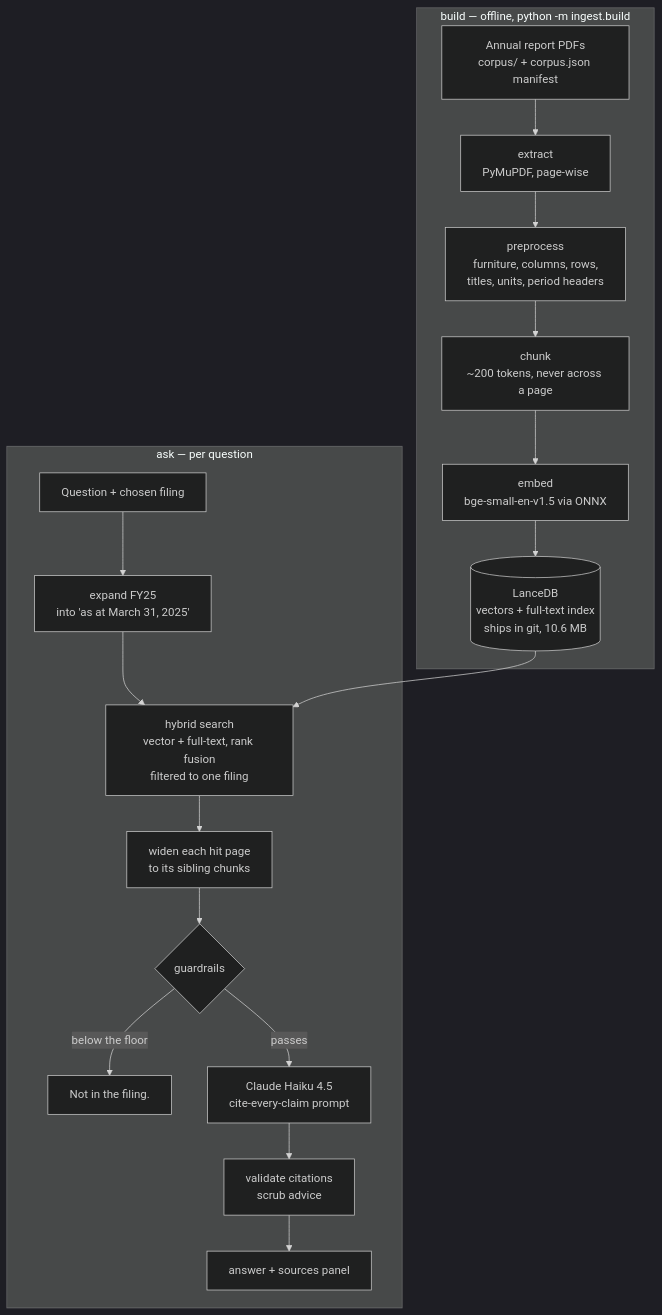
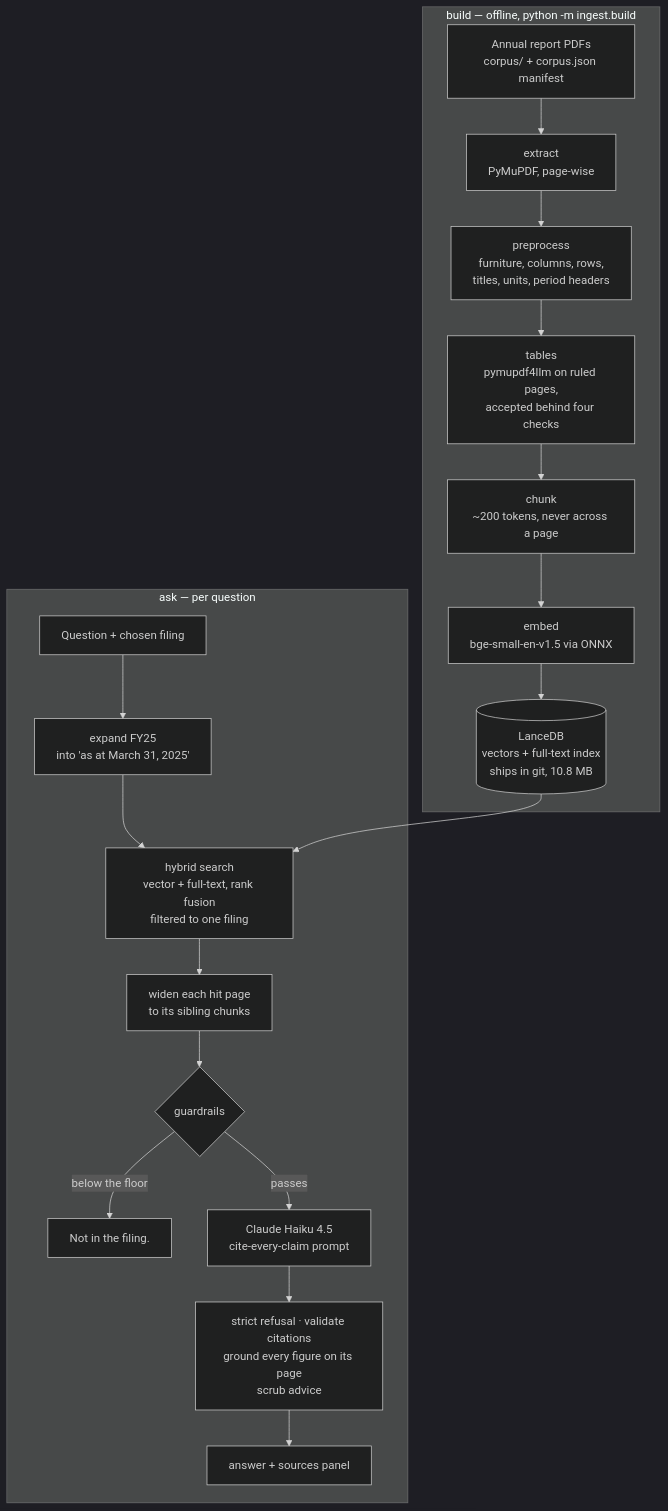
One commit to shivank2703/folio changed the diagram in README.md. Above: the diagram before and after it, drawn with Mermaid (dark theme). The commit also changed other lines of this file and 1 other file, not shown here.

Commit message:
README: v1.1 results, six guardrails, honest limits, Ingest on the roadmap

````diff
--- a/README.md
+++ b/README.md
@@ -32,21 +32,22 @@
 ```mermaid
 flowchart TB
     subgraph build["build — offline, python -m ingest.build"]
         PDF[Annual report PDFs<br/>corpus/ + corpus.json manifest] --> EX[extract<br/>PyMuPDF, page-wise]
         EX --> PRE[preprocess<br/>furniture, columns, rows,<br/>titles, units, period headers]
-        PRE --> CH[chunk<br/>~200 tokens, never across a page]
+        PRE --> TB[tables<br/>pymupdf4llm on ruled pages,<br/>accepted behind four checks]
+        TB --> CH[chunk<br/>~200 tokens, never across a page]
         CH --> EM[embed<br/>bge-small-en-v1.5 via ONNX]
-        EM --> DB[(LanceDB<br/>vectors + full-text index<br/>ships in git, 10.6 MB)]
+        EM --> DB[(LanceDB<br/>vectors + full-text index<br/>ships in git, 10.8 MB)]
     end
     subgraph ask["ask — per question"]
         Q[Question + chosen filing] --> FY[expand FY25<br/>into 'as at March 31, 2025']
         FY --> HY[hybrid search<br/>vector + full-text, rank fusion<br/>filtered to one filing]
         DB --> HY
         HY --> PX[widen each hit page<br/>to its sibling chunks]
         PX --> G{guardrails}
         G -->|below the floor| R[Not in the filing.]
         G -->|passes| GEN[Claude Haiku 4.5<br/>cite-every-claim prompt]
-        GEN --> V[validate citations<br/>scrub advice]
+        GEN --> V[strict refusal · validate citations<br/>ground every figure on its page<br/>scrub advice]
         V --> UI[answer + sources panel]
     end
 ```
````
